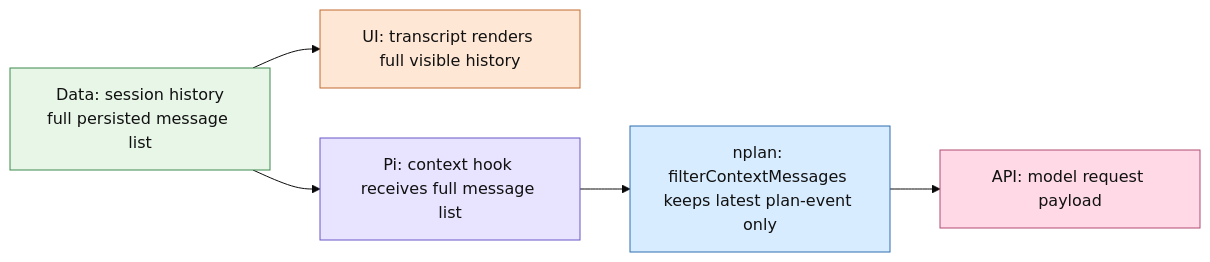
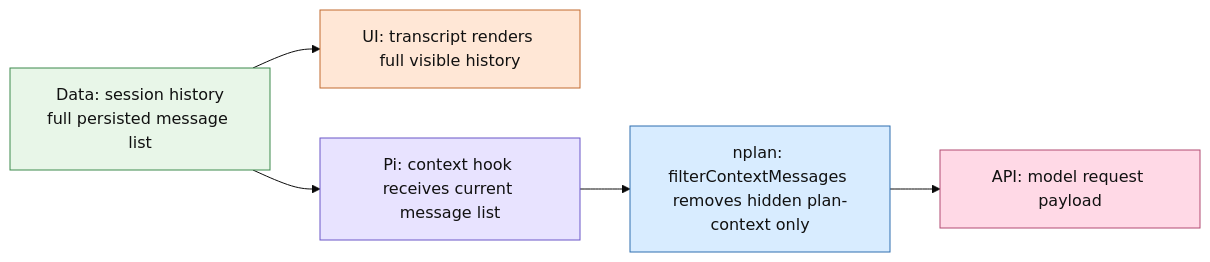
Before and after one commit to pyronaur/nplan: the second of 5 diagrams in docs/planning-message-lifecycle.md, drawn with Mermaid (base theme). The commit also changed other lines of this file and 8 other files, not shown here.

````diff
--- a/docs/planning-message-lifecycle.md
+++ b/docs/planning-message-lifecycle.md
@@ -78,18 +79,18 @@
 ```mermaid
 flowchart LR
     A[Data: session history\nfull persisted message list] --> B[UI: transcript renders full visible history]
-    A --> C[Pi: context hook receives full message list]
-    C --> D[nplan: filterContextMessages keeps latest plan-event only]
+    A --> C[Pi: context hook receives current message list]
+    C --> D[nplan: filterContextMessages removes hidden plan-context only]
     D --> E[API: model request payload]
 
     classDef data fill:#e8f6e8,stroke:#3d8a4d,color:#111;
     classDef ui fill:#ffe7d6,stroke:#c26a2e,color:#111;
     classDef pi fill:#e8e3ff,stroke:#6b57c8,color:#111;
     classDef nplan fill:#d8ecff,stroke:#2f6fb0,color:#111;
     classDef api fill:#ffd9e6,stroke:#b24b72,color:#111;
     class A data;
     class B ui;
     class C pi;
     class D nplan;
     class E api;
 ```
````
